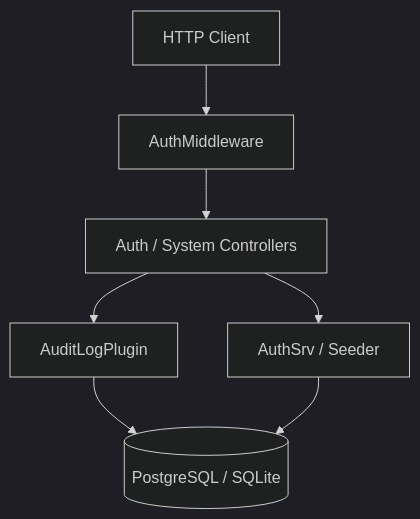
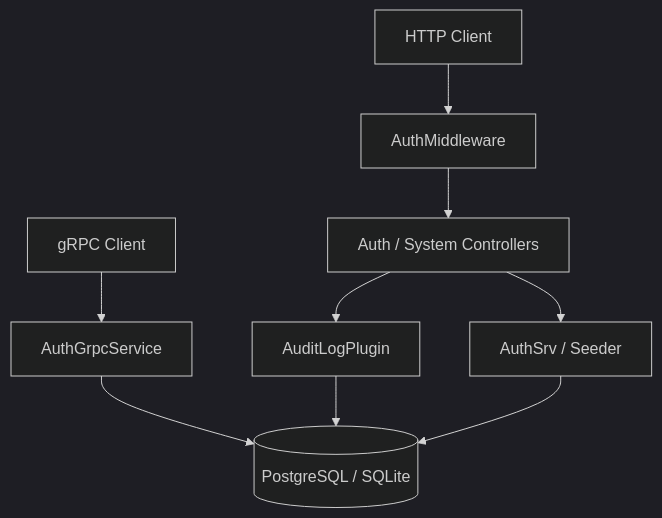
Before and after one commit to Zheng-Bote/drogon_auth: the diagram in README.md, drawn with Mermaid (dark theme). The commit also changed other lines of this file and 16 other files, not shown here.

````diff
--- a/README.md
+++ b/README.md
@@ -20,9 +21,11 @@
 ```mermaid
 graph TD
     Client[HTTP Client] --> Middleware[AuthMiddleware]
+    Client_gRPC[gRPC Client] --> gRPC_Srv[AuthGrpcService]
     Middleware --> Controllers[Auth / System Controllers]
+    gRPC_Srv --> DB[(PostgreSQL / SQLite)]
     Controllers --> Plugins[AuditLogPlugin]
-    Plugins --> DB[(PostgreSQL / SQLite)]
+    Plugins --> DB
     Controllers --> Services[AuthSrv / Seeder]
     Services --> DB
 ```
````
